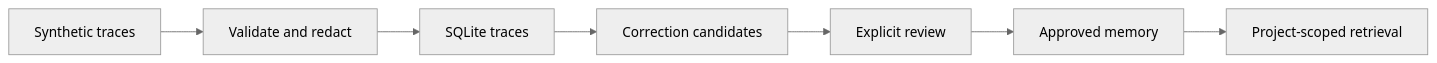
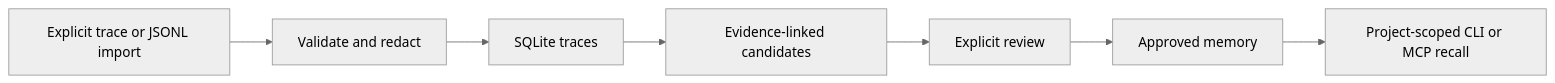
Before and after one commit to vashispa27/agent-recall-lab: the diagram in README.md, drawn with Mermaid (neutral theme). The commit also changed other lines of this file and 1 other file, not shown here.

Commit message:
Document release validation and capture-to-recall demo

````diff
--- a/README.md
+++ b/README.md
@@ -60,9 +72,9 @@
 ```mermaid
 flowchart LR
-  T[Synthetic traces] --> V[Validate and redact]
+  T[Explicit trace or JSONL import] --> V[Validate and redact]
   V --> S[SQLite traces]
-  S --> C[Correction candidates]
+  S --> C[Evidence-linked candidates]
   C --> R[Explicit review]
   R --> M[Approved memory]
-  M --> Q[Project-scoped retrieval]
+  M --> Q[Project-scoped CLI or MCP recall]
 ```
````
